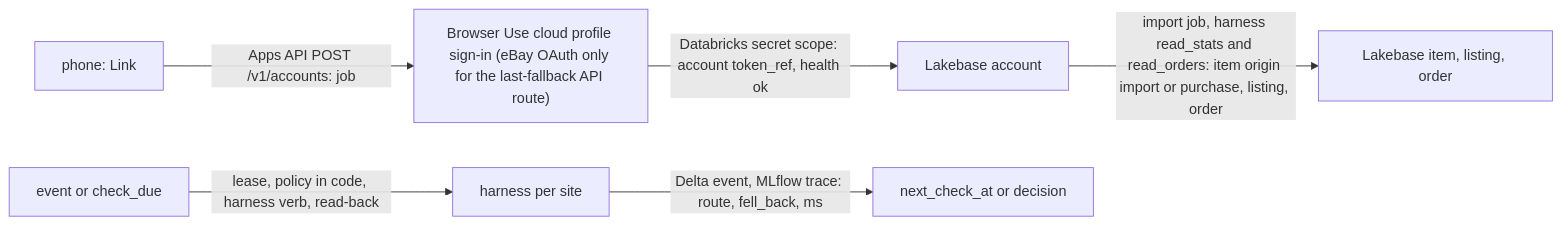
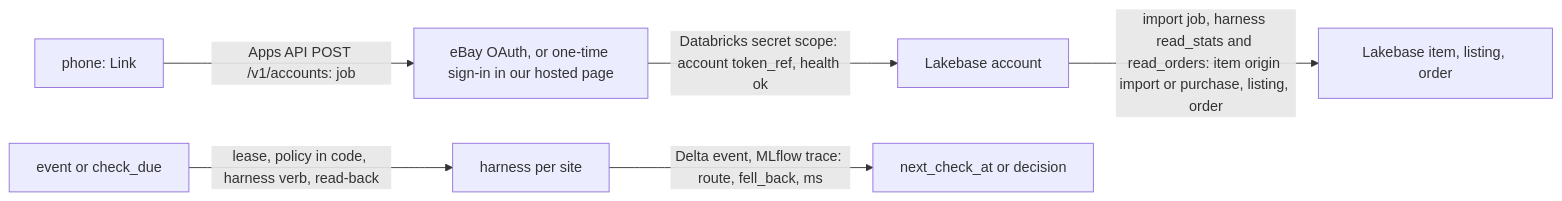
Before and after one commit to benverhaalen/secondhand: the diagram in spec/features/connect.md, drawn with Mermaid. The commit also changed other lines of this file and 24 other files, not shown here.

````diff
--- a/spec/features/connect.md
+++ b/spec/features/connect.md
@@ -39,8 +39,8 @@
 ```mermaid
 flowchart LR
-  P["phone: Link"] -->|"Apps API POST /v1/accounts: job"| S["Browser Use cloud profile sign-in (eBay OAuth only for the last-fallback API route)"]
+  P["phone: Link"] -->|"Apps API POST /v1/accounts: job"| S["eBay OAuth, or one-time sign-in in our hosted page"]
   S -->|"Databricks secret scope: account token_ref, health ok"| A["Lakebase account"]
   A -->|"import job, harness read_stats and read_orders: item origin import or purchase, listing, order"| I["Lakebase item, listing, order"]
   T["event or check_due"] -->|"lease, policy in code, harness verb, read-back"| H["harness per site"]
   H -->|"Delta event, MLflow trace: route, fell_back, ms"| E["next_check_at or decision"]
 ```
````
